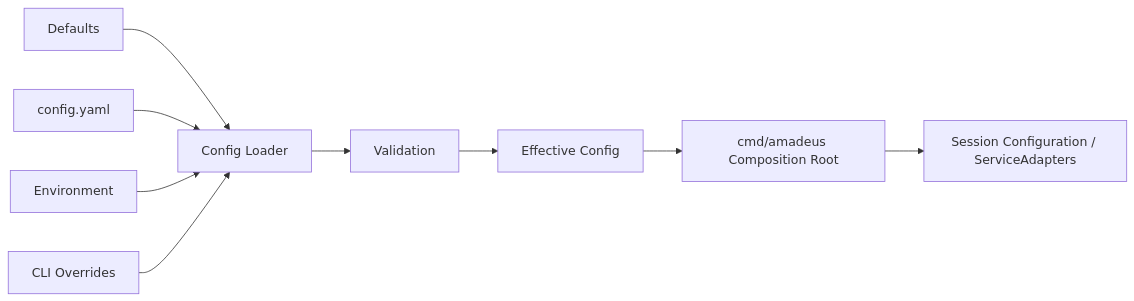
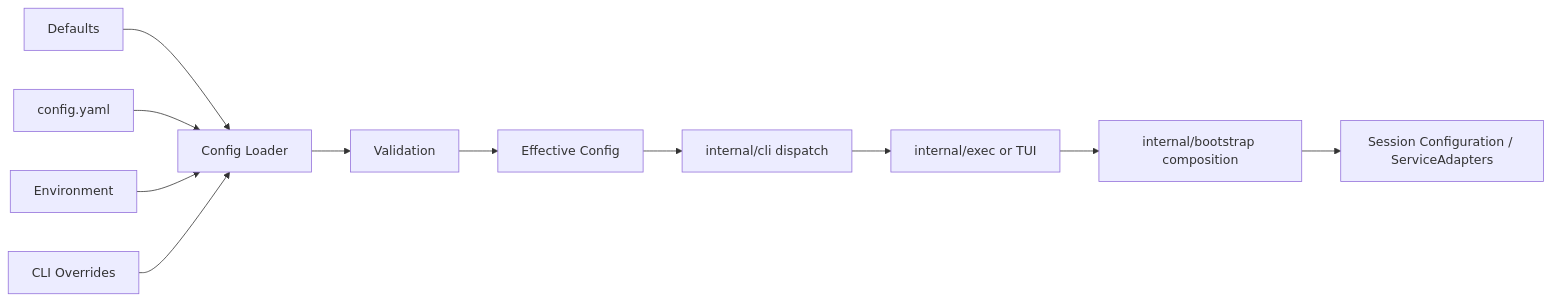
Before and after one commit to Godric-W/Amadeus: the fourth of 25 diagrams in docs/architecture-whitepaper.md, drawn with Mermaid. The commit also changed other lines of this file and 103 other files, not shown here.

````diff
--- a/docs/architecture-whitepaper.md
+++ b/docs/architecture-whitepaper.md
@@ -246,21 +246,25 @@
 ```mermaid
 flowchart LR
     D[Defaults]
     F[config.yaml]
     E[Environment]
     C[CLI Overrides]
     L[Config Loader]
     V[Validation]
     CFG[Effective Config]
-    COMP[cmd/amadeus Composition Root]
+    CLI[internal/cli dispatch]
+    COMP[internal/bootstrap composition]
+	EXEC[internal/exec or TUI]
     SS[Session Configuration / ServiceAdapters]
 
     D --> L
     F --> L
     E --> L
     C --> L
     L --> V
     V --> CFG
-    CFG --> COMP
+	CFG --> CLI
+	CLI --> EXEC
+	EXEC --> COMP
     COMP --> SS
 ```
````
